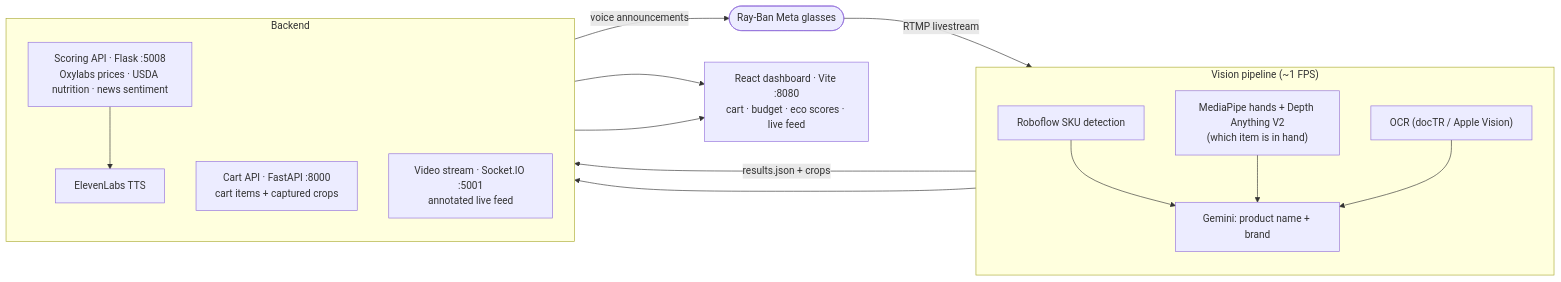
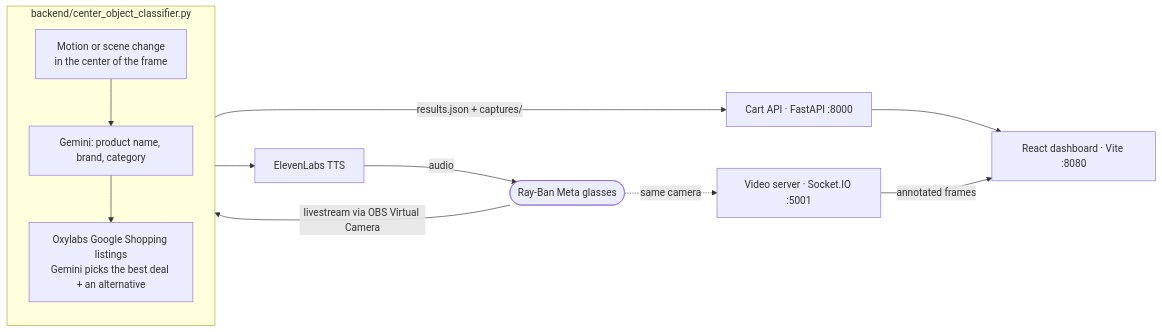
One commit to ewang1027/cartify changed the diagram in README.md. Above: the diagram before and after it, drawn with Mermaid. The commit also changed other lines of this file, not shown here.

Commit message:
docs: rewrite README to match the live pipeline and note my backend work

````diff
--- a/README.md
+++ b/README.md
@@ -11,33 +11,16 @@
 ```mermaid
 flowchart LR
     G(["Ray-Ban Meta glasses"])
-
-    subgraph VP["Vision pipeline (~1 FPS)"]
+    subgraph CLS["backend/center_object_classifier.py"]
         direction TB
-        DET["Roboflow SKU detection"]
-        HAND["MediaPipe hands + Depth Anything V2<br/>(which item is in hand)"]
-        OCR["OCR (docTR / Apple Vision)"]
-        GEM["Gemini: product name + brand"]
-        DET --> GEM
-        HAND --> GEM
-        OCR --> GEM
+        TRIG["Motion or scene change<br/>in the center of the frame"] --> GEM["Gemini: product name, brand, category"]
+        GEM --> DEAL["Oxylabs Google Shopping listings<br/>Gemini picks the best deal + an alternative"]
     end
-
-    subgraph BE["Backend"]
-        direction TB
-        SCORE["Scoring API · Flask :5008<br/>Oxylabs prices · USDA nutrition · news sentiment"]
-        CART["Cart API · FastAPI :8000<br/>cart items + captured crops"]
-        VS["Video stream · Socket.IO :5001<br/>annotated live feed"]
-        TTS["ElevenLabs TTS"]
-        SCORE --> TTS
-    end
-
-    FE["React dashboard · Vite :8080<br/>cart · budget · eco scores · live feed"]
-
-    G -- "RTMP livestream" --> VP
-    GEM -- "results.json + crops" --> CART
-    GEM --> SCORE
-    TTS -- "voice announcements" --> G
-    CART --> FE
-    VS --> FE
+    G -- "livestream via OBS Virtual Camera" --> CLS
+    DEAL --> TTS["ElevenLabs TTS"]
+    TTS -- "audio" --> G
+    CLS -- "results.json + captures/" --> CART["Cart API · FastAPI :8000"]
+    CART --> FE["React dashboard · Vite :8080"]
+    G -. "same camera" .-> VS["Video server · Socket.IO :5001"]
+    VS -- "annotated frames" --> FE
 ```
````
